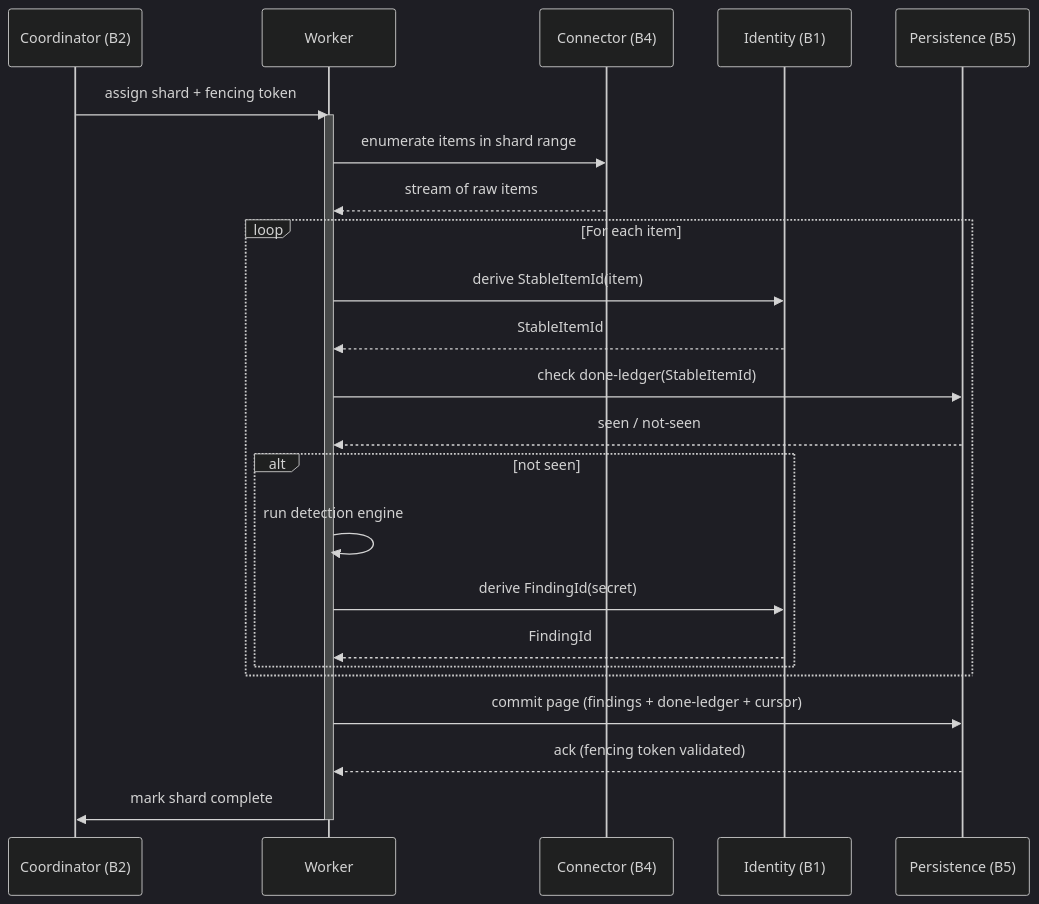
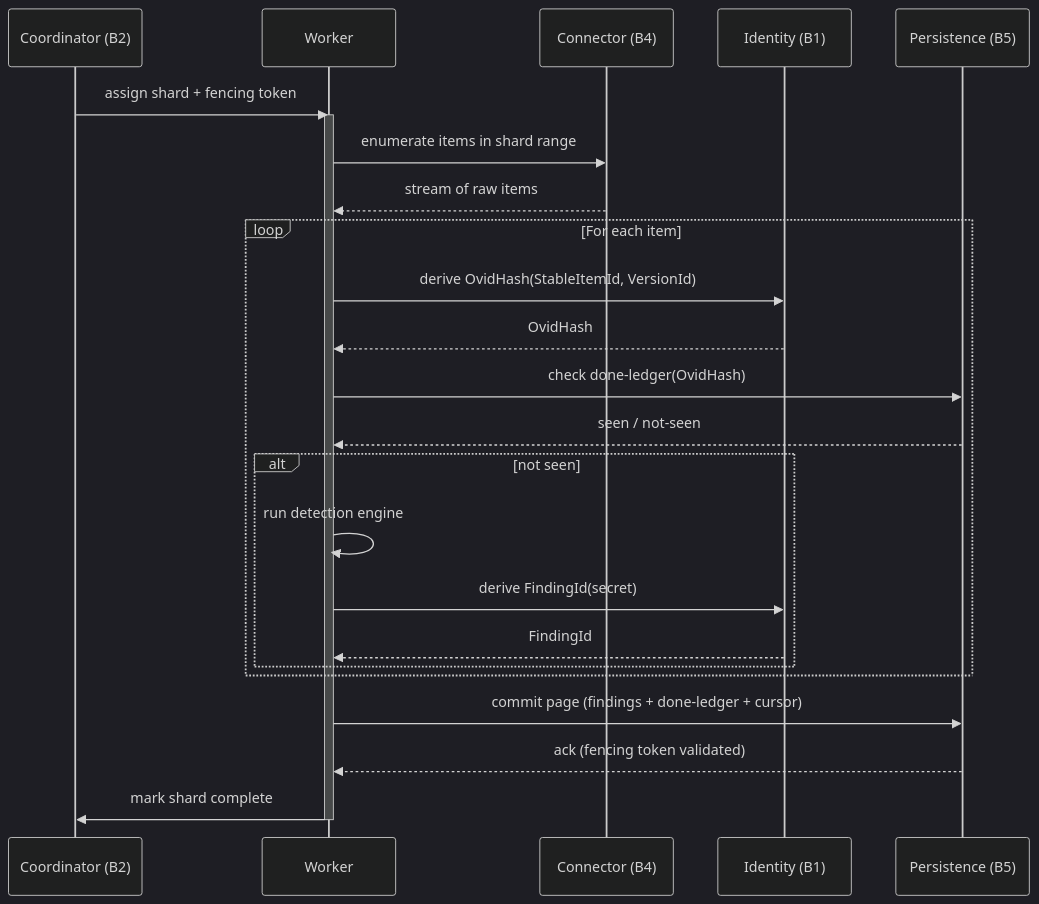
The third of 4 diagrams in diagrams/01-system-overview.md (ahrav/Gossip-rs), drawn with Mermaid (dark theme) before and after one commit. The commit also changed other lines of this file and 3 other files, not shown here.

First line of the commit message:
Update diagram docs for OvidHash and typestate protocol changes

````diff
--- a/diagrams/01-system-overview.md
+++ b/diagrams/01-system-overview.md
@@ -208,35 +210,35 @@
 ```mermaid
 %% Diagram: simplified-scan-flow
 sequenceDiagram
     participant C as Coordinator (B2)
     participant W as Worker
     participant Conn as Connector (B4)
     participant Id as Identity (B1)
     participant P as Persistence (B5)
 
     C->>W: assign shard + fencing token
     activate W
 
     W->>Conn: enumerate items in shard range
     Conn-->>W: stream of raw items
 
     loop For each item
-        W->>Id: derive StableItemId(item)
-        Id-->>W: StableItemId
+        W->>Id: derive OvidHash(StableItemId, VersionId)
+        Id-->>W: OvidHash
 
-        W->>P: check done-ledger(StableItemId)
+        W->>P: check done-ledger(OvidHash)
         P-->>W: seen / not-seen
 
         alt not seen
             W->>W: run detection engine
             W->>Id: derive FindingId(secret)
             Id-->>W: FindingId
         end
     end
 
     W->>P: commit page (findings + done-ledger + cursor)
     P-->>W: ack (fencing token validated)
 
     W->>C: mark shard complete
     deactivate W
 ```
````
